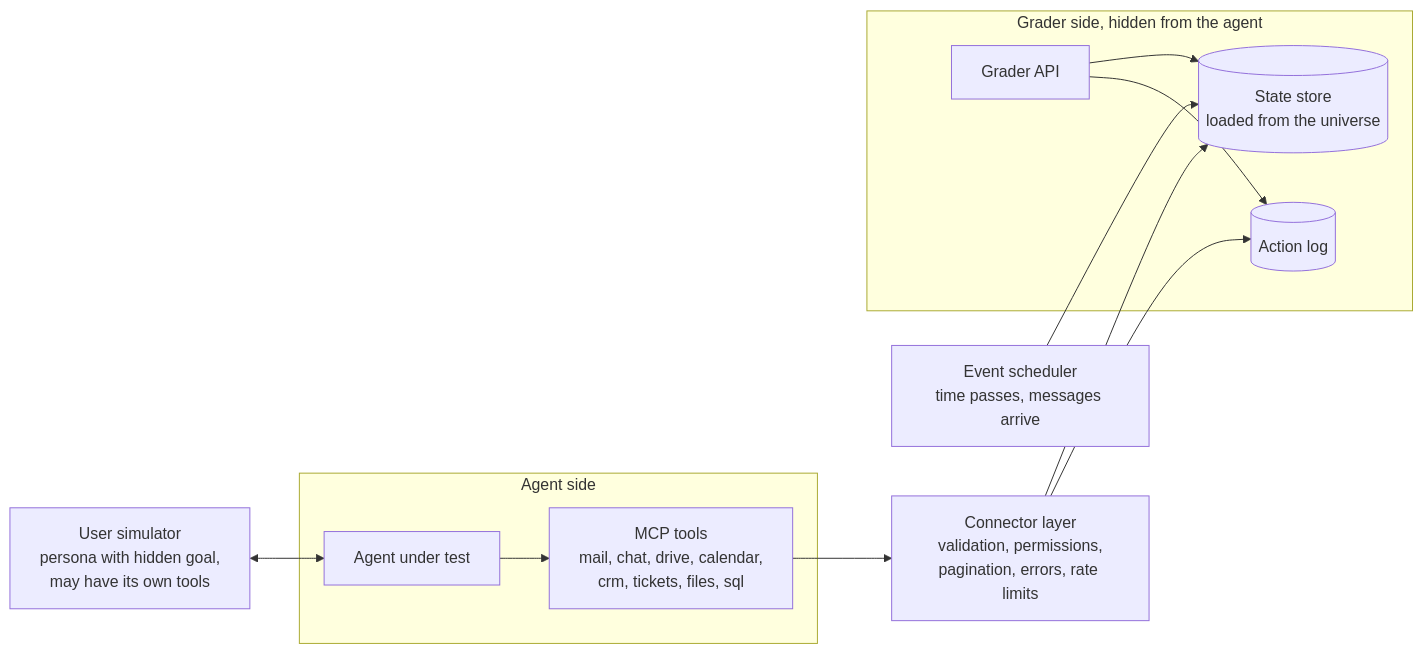
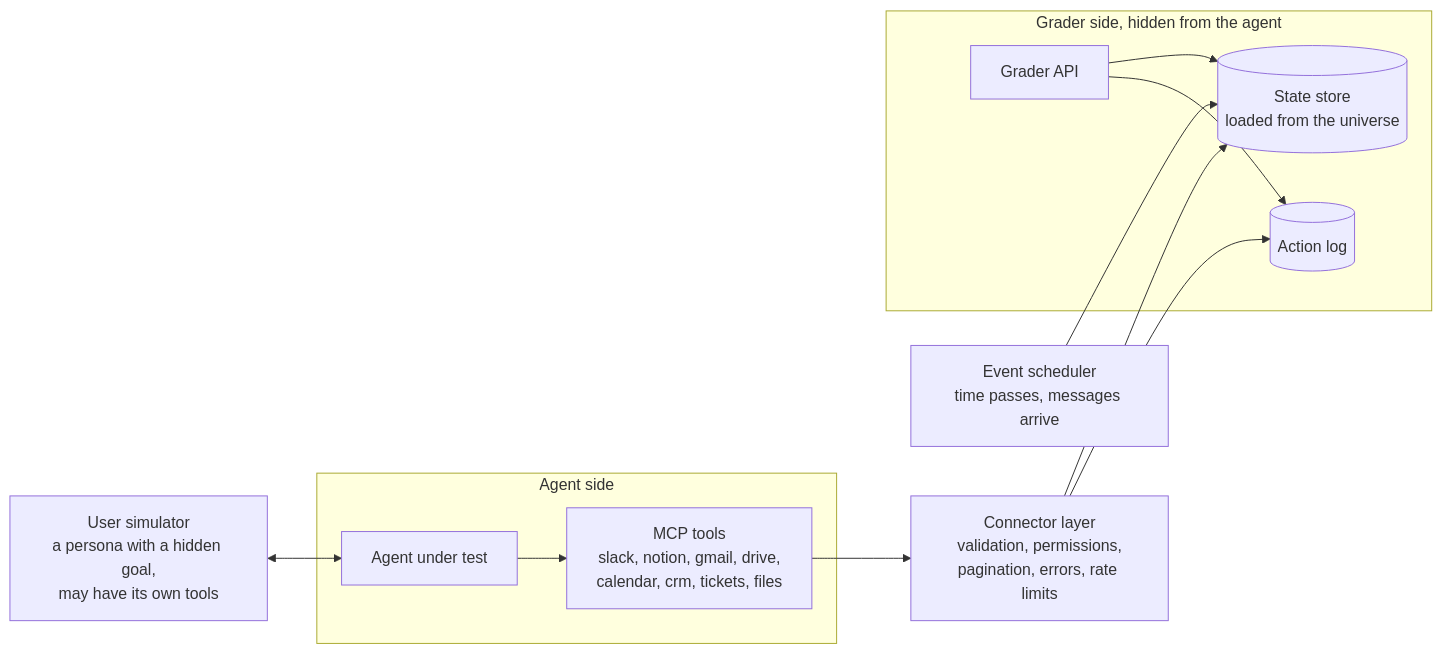
The seventh of 17 diagrams in README.md (nbdesai1992/orbifex), drawn with Mermaid before and after one commit. The commit also changed other lines of this file, not shown here.

````diff
--- a/README.md
+++ b/README.md
@@ -213,15 +299,15 @@
 ```mermaid
 flowchart LR
   subgraph AS["Agent side"]
-    AG["Agent under test"] --> MCP["MCP tools<br/>mail, chat, drive, calendar,<br/>crm, tickets, files, sql"]
+    AG["Agent under test"] --> MCP["MCP tools<br/>slack, notion, gmail, drive,<br/>calendar, crm, tickets, files"]
   end
   MCP --> API["Connector layer<br/>validation, permissions,<br/>pagination, errors, rate limits"]
   API --> DB[("State store<br/>loaded from the universe")]
   subgraph GS["Grader side, hidden from the agent"]
     GR["Grader API"] --> DB
     GR --> LOG[("Action log")]
   end
   API --> LOG
-  USR["User simulator<br/>persona with hidden goal,<br/>may have its own tools"] <--> AG
+  USR["User simulator<br/>a persona with a hidden goal,<br/>may have its own tools"] <--> AG
   EVT["Event scheduler<br/>time passes, messages arrive"] --> DB
 ```
````
